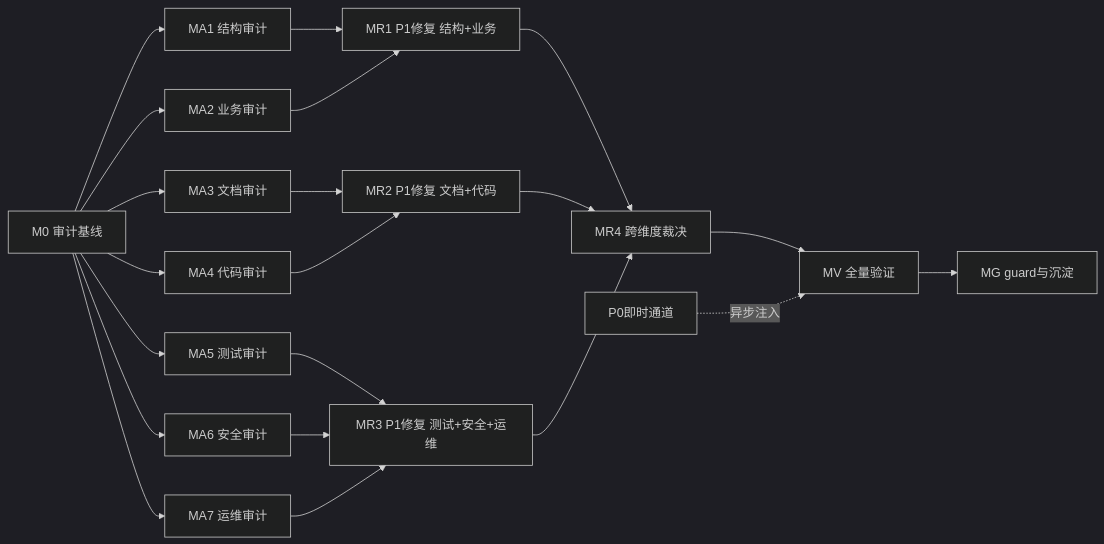
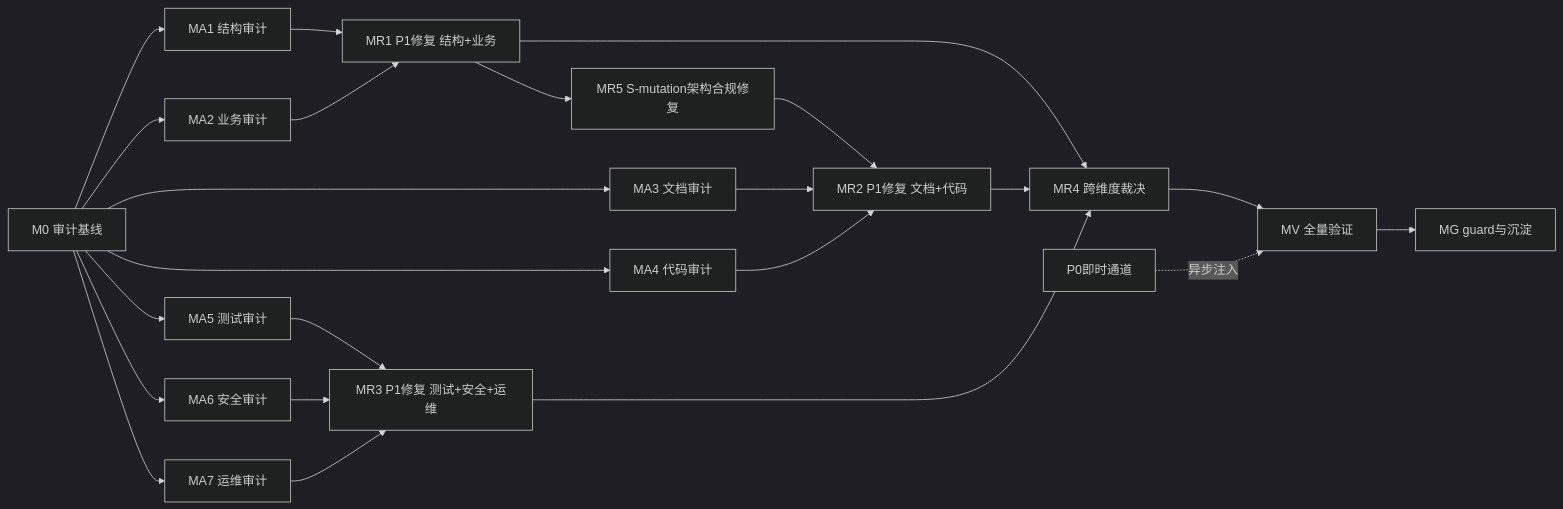
Before and after one commit to entropy-cloud/nop-app-erp: the diagram in docs/backlog/audit-remediation-roadmap.md, drawn with Mermaid (dark theme). The commit also changed other lines of this file and 4 other files, not shown here.

First line of the commit message:
docs(audit-remediation): plan-2026-07-30-0720 docs/log/roadmap update

````diff
--- a/docs/backlog/audit-remediation-roadmap.md
+++ b/docs/backlog/audit-remediation-roadmap.md
@@ -304,23 +344,25 @@
 ```mermaid
 graph LR
     M0[M0 审计基线] --> MA1[MA1 结构审计]
     M0 --> MA2[MA2 业务审计]
     M0 --> MA3[MA3 文档审计]
     M0 --> MA4[MA4 代码审计]
     M0 --> MA5[MA5 测试审计]
     M0 --> MA6[MA6 安全审计]
     M0 --> MA7[MA7 运维审计]
     MA1 --> MR1[MR1 P1修复 结构+业务]
     MA2 --> MR1
     MA3 --> MR2[MR2 P1修复 文档+代码]
     MA4 --> MR2
     MA5 --> MR3[MR3 P1修复 测试+安全+运维]
     MA6 --> MR3
     MA7 --> MR3
     MR1 --> MR4[MR4 跨维度裁决]
     MR2 --> MR4
     MR3 --> MR4
     MR4 --> MV[MV 全量验证]
     MV --> MG[MG guard与沉淀]
+    MR1 --> MR5[MR5 S-mutation架构合规修复]
+    MR5 --> MR2
     P0channel[P0即时通道] -.异步注入.-> MV
 ```
````
